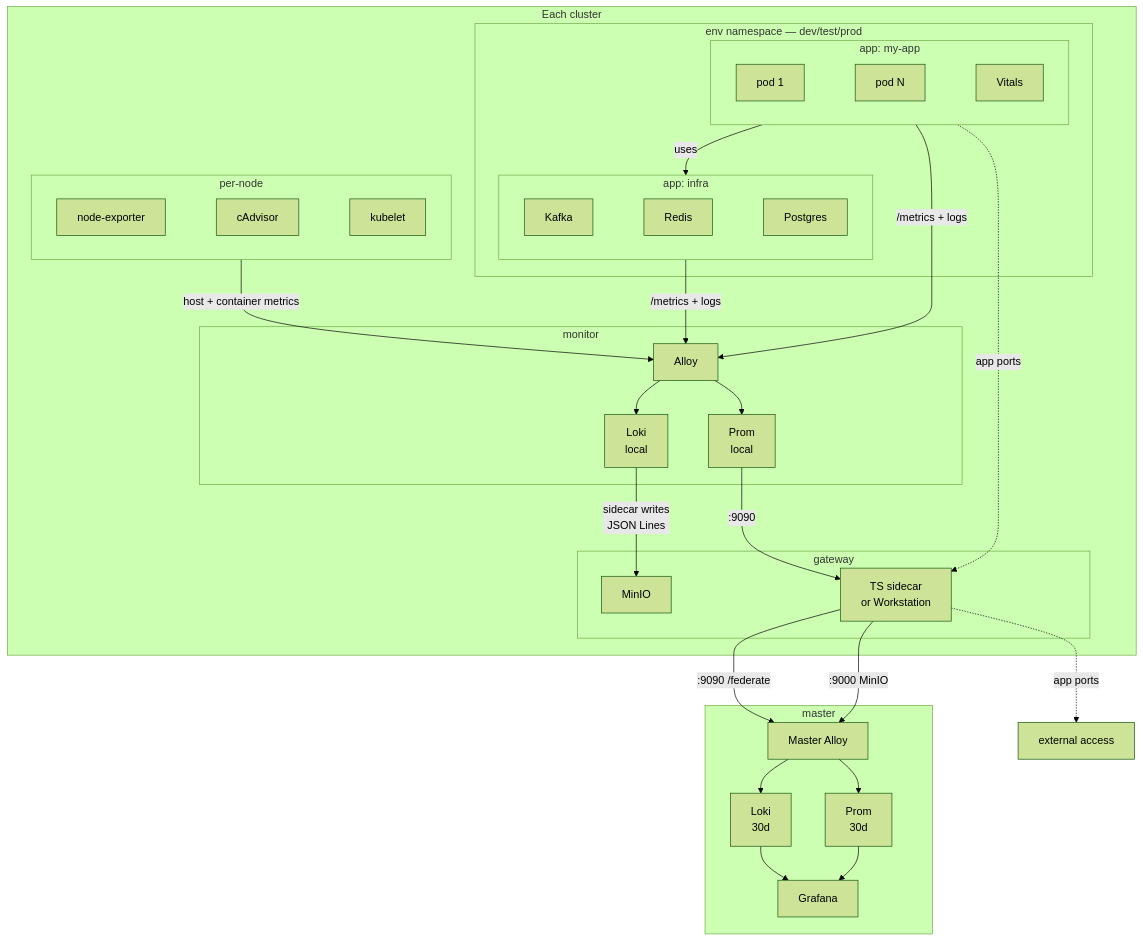
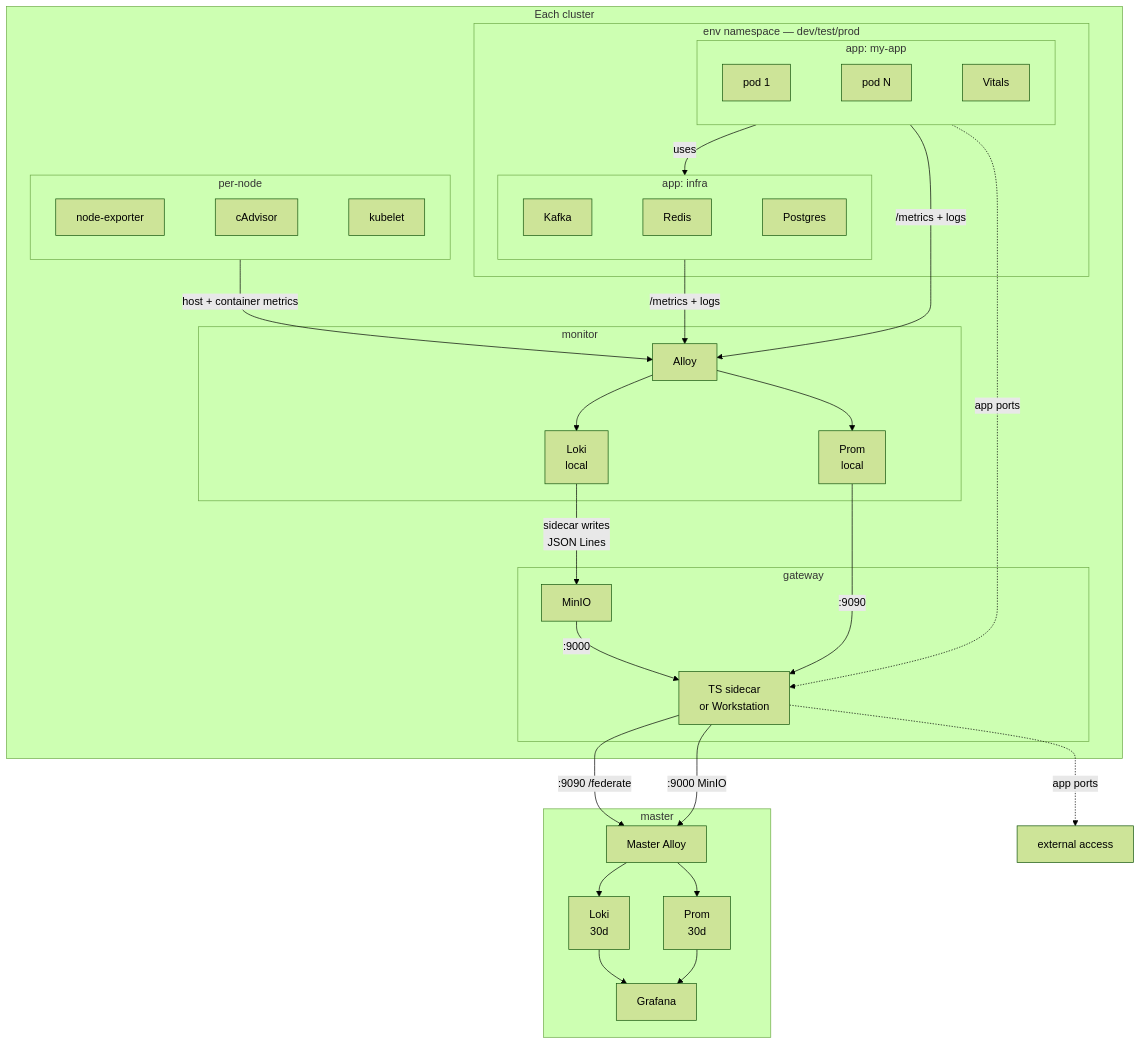
One commit to Kord96/kordinate changed the fourth of 4 diagrams in docs/infrastructure.md. Above: the diagram before and after it, drawn with Mermaid (forest theme).

Commit message:
docs: add MinIO → Tailscale link in data flow diagram [scribe]

````diff
--- a/docs/infrastructure.md
+++ b/docs/infrastructure.md
@@ -97,51 +97,52 @@
 ```mermaid
 flowchart TB
     subgraph cluster[Each cluster]
         subgraph env[env namespace — dev/test/prod]
             subgraph myapp["app: my-app"]
                 P1[pod 1]
                 PN[pod N]
                 VIT[Vitals]
                 P1 ~~~ PN ~~~ VIT
             end
             subgraph infra["app: infra"]
                 KF[Kafka]
                 RD[Redis]
                 PG[Postgres]
                 KF ~~~ RD ~~~ PG
             end
         end
 
         subgraph nodes[per-node]
             NE[node-exporter]
             CA[cAdvisor]
             KL[kubelet]
             NE ~~~ CA ~~~ KL
         end
 
         subgraph mon[monitor]
             AL[Alloy] --> LK[Loki<br/>local] & PR[Prom<br/>local]
         end
 
         subgraph gw[gateway]
             GWT[TS sidecar<br/>or Workstation]
             MIO[MinIO]
         end
 
         myapp -->|uses| infra
         myapp & infra -->|/metrics + logs| AL
         nodes -->|host + container metrics| AL
         PR -->|:9090| GWT
         LK -->|sidecar writes<br/>JSON Lines| MIO
+        MIO -->|:9000| GWT
         myapp -.->|app ports| GWT
     end
 
     GWT -->|:9090 /federate| MA
     GWT -->|:9000 MinIO| MA
     GWT -.->|app ports| EXT[external access]
 
     subgraph master[master]
         MA[Master Alloy] --> ML[Loki<br/>30d] & MP[Prom<br/>30d]
         MP & ML --> G[Grafana]
     end
 ```
````
